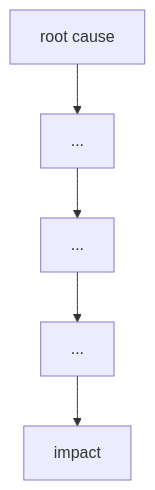
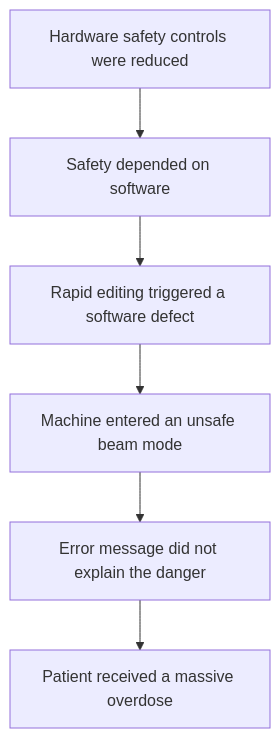
One commit to KageKishi/clubhub-ISE-4G changed the diagram in lab01/failure-case-analysis.md. Above: the diagram before and after it, drawn with Mermaid. The commit also changed other lines of this file, not shown here.

````diff
--- a/lab01/failure-case-analysis.md
+++ b/lab01/failure-case-analysis.md
@@ -12,7 +19,8 @@
 ```mermaid
 flowchart TD
-  A["root cause"] --> B["..."]
-  B --> C["..."]
-  C --> D["..."]
-  D --> E["impact"]
+    A[Hardware safety controls were reduced] --> B[Safety depended on software]
+    B --> C[Rapid editing triggered a software defect]
+    C --> D[Machine entered an unsafe beam mode]
+    D --> E[Error message did not explain the danger]
+    E --> F[Patient received a massive overdose]
 ```
````
